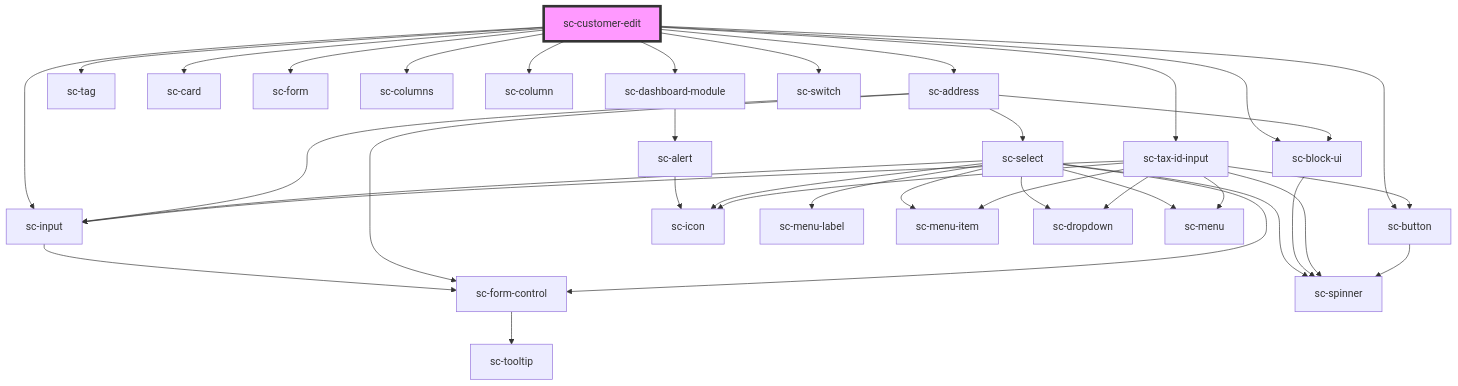
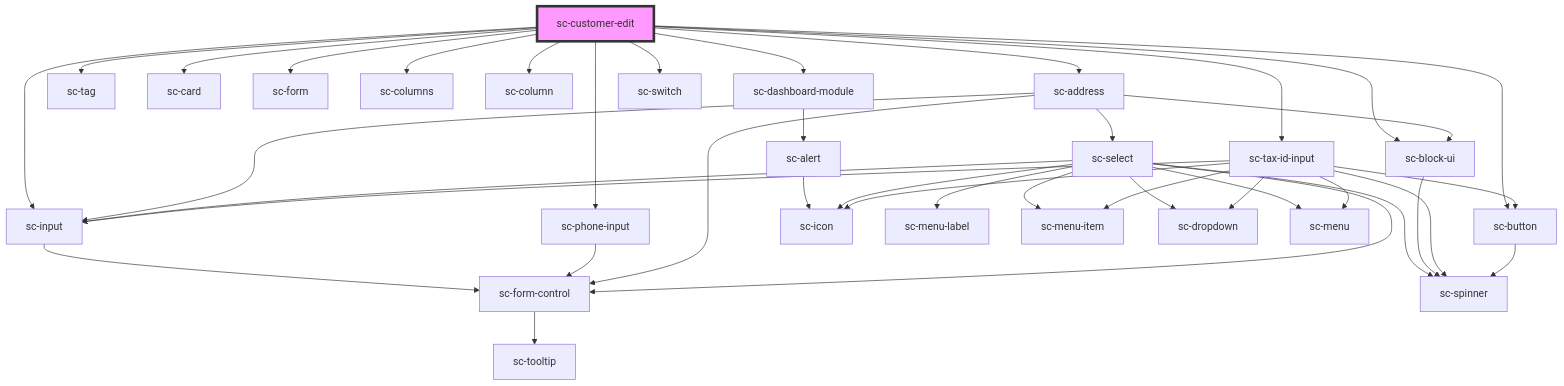
Before and after one commit to surecart/surecart-wp-plugin: the diagram in packages/components/src/components/controllers/dashboard/customer-edit/readme.md, drawn with Mermaid. The commit also changed other lines of this file and 11 other files, not shown here.

````diff
--- a/packages/components/src/components/controllers/dashboard/customer-edit/readme.md
+++ b/packages/components/src/components/controllers/dashboard/customer-edit/readme.md
@@ -35,41 +36,43 @@
 ```mermaid
 graph TD;
   sc-customer-edit --> sc-dashboard-module
   sc-customer-edit --> sc-tag
   sc-customer-edit --> sc-card
   sc-customer-edit --> sc-form
   sc-customer-edit --> sc-columns
   sc-customer-edit --> sc-column
   sc-customer-edit --> sc-input
+  sc-customer-edit --> sc-phone-input
   sc-customer-edit --> sc-address
   sc-customer-edit --> sc-switch
   sc-customer-edit --> sc-tax-id-input
   sc-customer-edit --> sc-button
   sc-customer-edit --> sc-block-ui
   sc-dashboard-module --> sc-alert
   sc-alert --> sc-icon
   sc-input --> sc-form-control
   sc-form-control --> sc-tooltip
+  sc-phone-input --> sc-form-control
   sc-address --> sc-form-control
   sc-address --> sc-input
   sc-address --> sc-select
   sc-address --> sc-block-ui
   sc-select --> sc-icon
   sc-select --> sc-menu-label
   sc-select --> sc-menu-item
   sc-select --> sc-form-control
   sc-select --> sc-dropdown
   sc-select --> sc-input
   sc-select --> sc-spinner
   sc-select --> sc-menu
   sc-block-ui --> sc-spinner
   sc-tax-id-input --> sc-icon
   sc-tax-id-input --> sc-input
   sc-tax-id-input --> sc-spinner
   sc-tax-id-input --> sc-dropdown
   sc-tax-id-input --> sc-button
   sc-tax-id-input --> sc-menu
   sc-tax-id-input --> sc-menu-item
   sc-button --> sc-spinner
   style sc-customer-edit fill:#f9f,stroke:#333,stroke-width:4px
 ```
````
